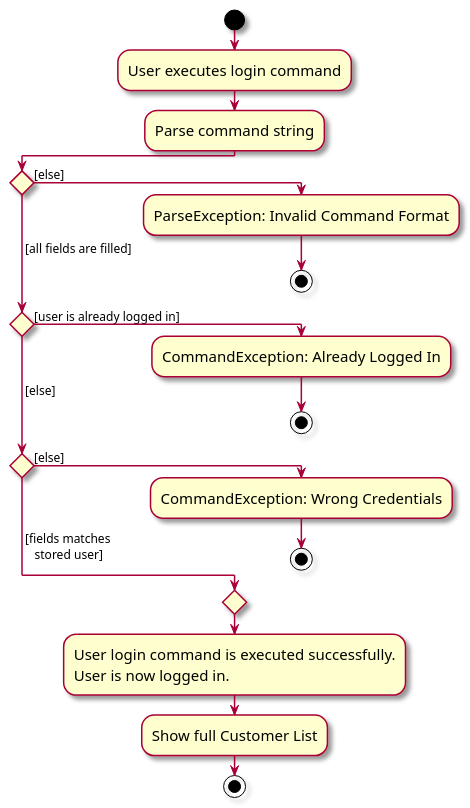
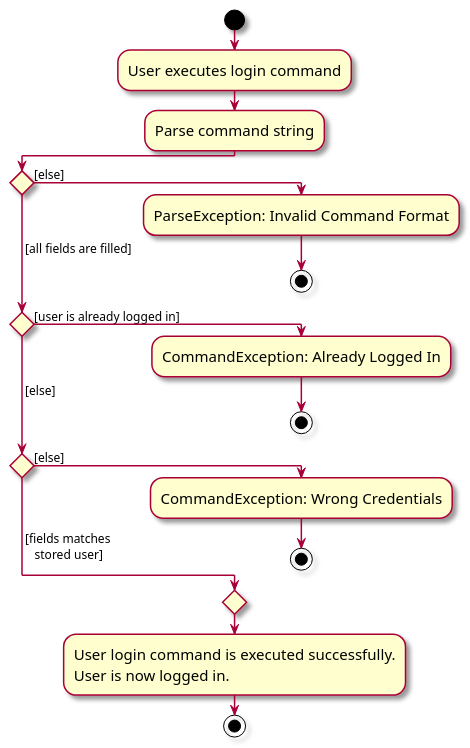
Before and after one commit to zhonghan721/tp: the diagram in docs/diagrams/UserLoginActivityDiagram.puml, drawn with PlantUML. The commit also changed 1 other file, not shown here.

Commit message:
Remove refresh UI list from AD

```diff
--- a/docs/diagrams/UserLoginActivityDiagram.puml
+++ b/docs/diagrams/UserLoginActivityDiagram.puml
@@ -1,28 +1,27 @@
 @startuml
 skin rose
 skinparam ActivityFontSize 15
 skinparam ArrowFontSize 12
 !pragma useVerticalIf on
 start
 :User executes login command;
 :Parse command string;
 
 if () then ([else])
     :ParseException: Invalid Command Format;
     stop
 ( [all fields are filled]) elseif () then ([user is already logged in])
     :CommandException: Already Logged In;
     stop
 ( [else]) elseif () then ([else])
     :CommandException: Wrong Credentials;
     stop
 else ( [fields matches
     stored user])
 
 endif
 :User login command is executed successfully.
 User is now logged in.;
-:Show full Customer List;
 
 stop
 @enduml
```
